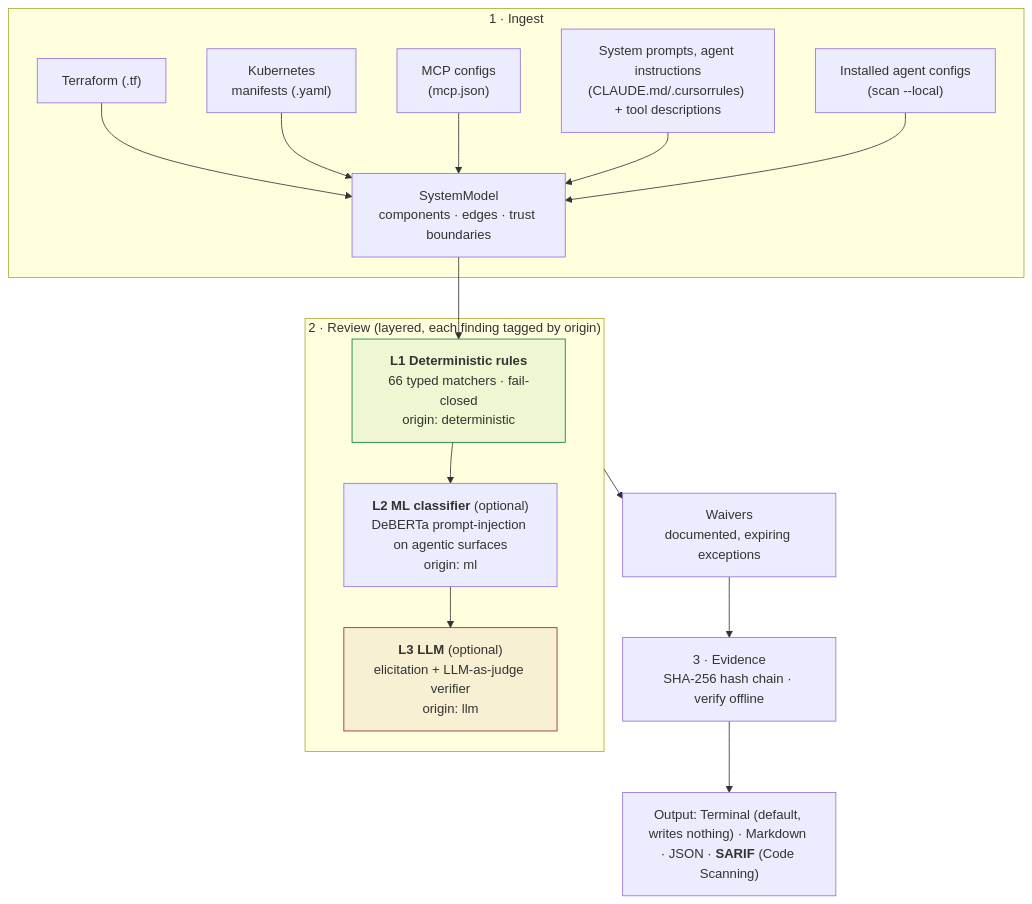
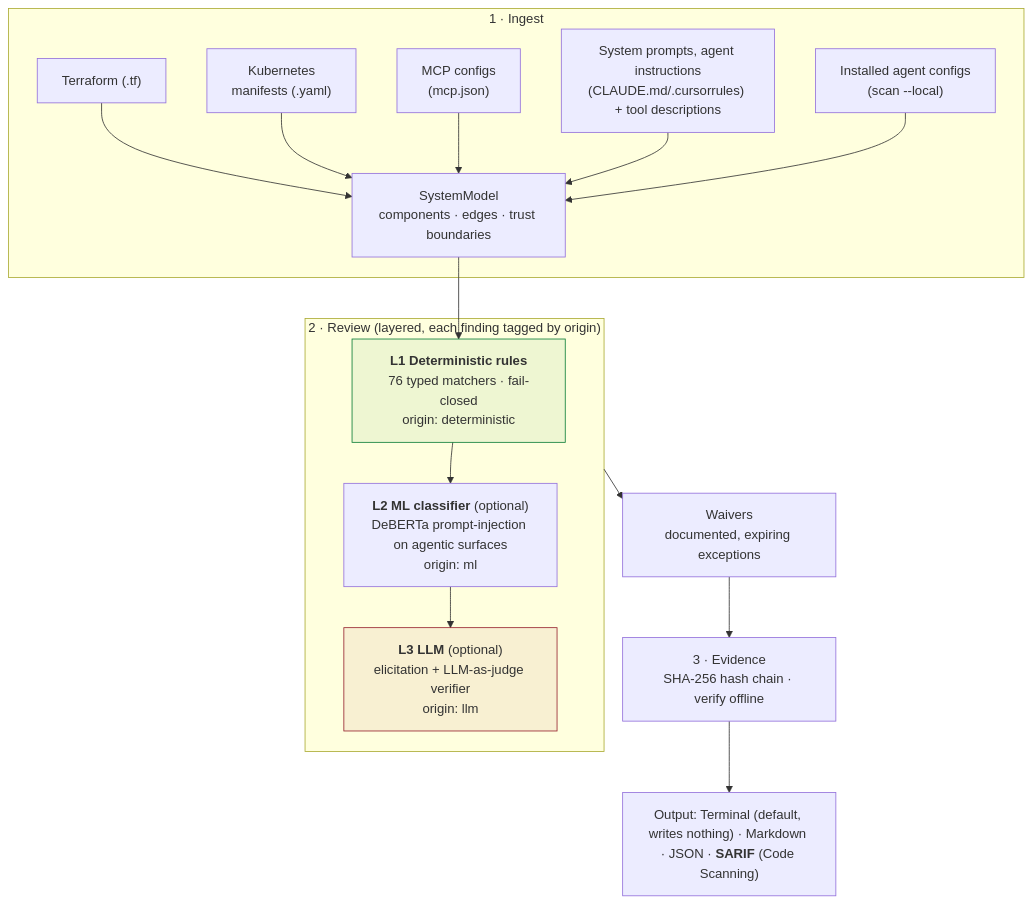
The first of 4 diagrams in README.md (zeyadalsakhii/attestral), drawn with Mermaid before and after one commit. The commit also changed other lines of this file and 4 other files, not shown here.

````diff
--- a/README.md
+++ b/README.md
@@ -88,23 +88,23 @@
 ```mermaid
 flowchart TB
     subgraph ING["1 · Ingest"]
         TF["Terraform (.tf)"] --> M
         K8S["Kubernetes<br/>manifests (.yaml)"] --> M
         MCP["MCP configs<br/>(mcp.json)"] --> M
         SP["System prompts, agent instructions<br/>(CLAUDE.md/.cursorrules) + tool descriptions"] --> M
         LC["Installed agent configs<br/>(scan --local)"] --> M
         M["SystemModel<br/>components · edges · trust boundaries"]
     end
     M --> L1
     subgraph REV["2 · Review (layered, each finding tagged by origin)"]
-        L1["<b>L1 Deterministic rules</b><br/>66 typed matchers · fail-closed<br/>origin: deterministic"]
+        L1["<b>L1 Deterministic rules</b><br/>76 typed matchers · fail-closed<br/>origin: deterministic"]
         L2["<b>L2 ML classifier</b> (optional)<br/>DeBERTa prompt-injection on agentic surfaces<br/>origin: ml"]
         L3["<b>L3 LLM</b> (optional)<br/>elicitation + LLM-as-judge verifier<br/>origin: llm"]
         L1 --> L2 --> L3
     end
     REV --> W["Waivers<br/>documented, expiring exceptions"]
     W --> EV["3 · Evidence<br/>SHA-256 hash chain · verify offline"]
     EV --> OUT["Output: Terminal (default, writes nothing) · Markdown · JSON · <b>SARIF</b> (Code Scanning)"]
     style L1 fill:#0a7d3611,stroke:#0a7d36
     style L3 fill:#96222E11,stroke:#96222E
 ```
````
